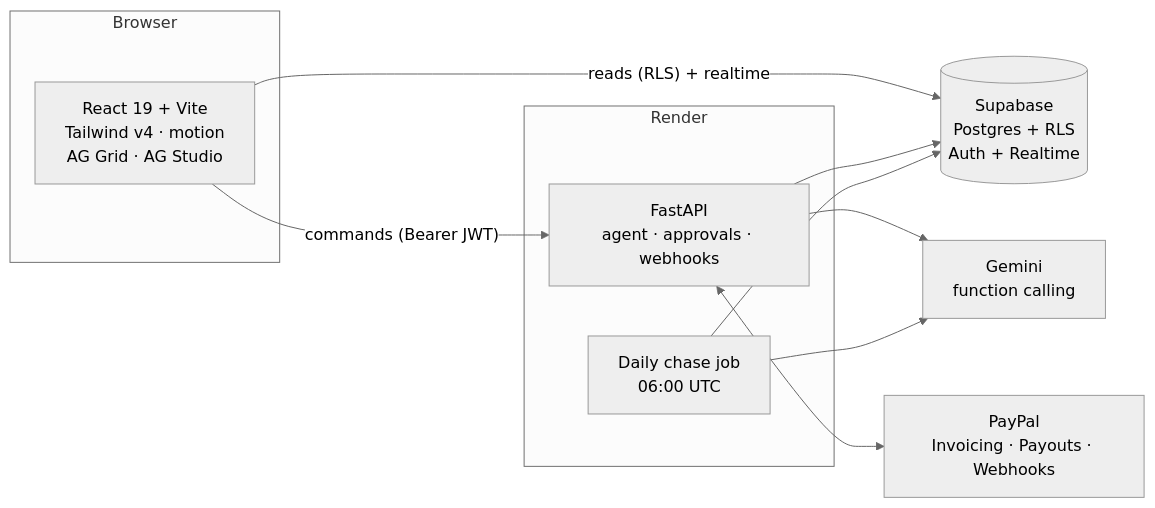
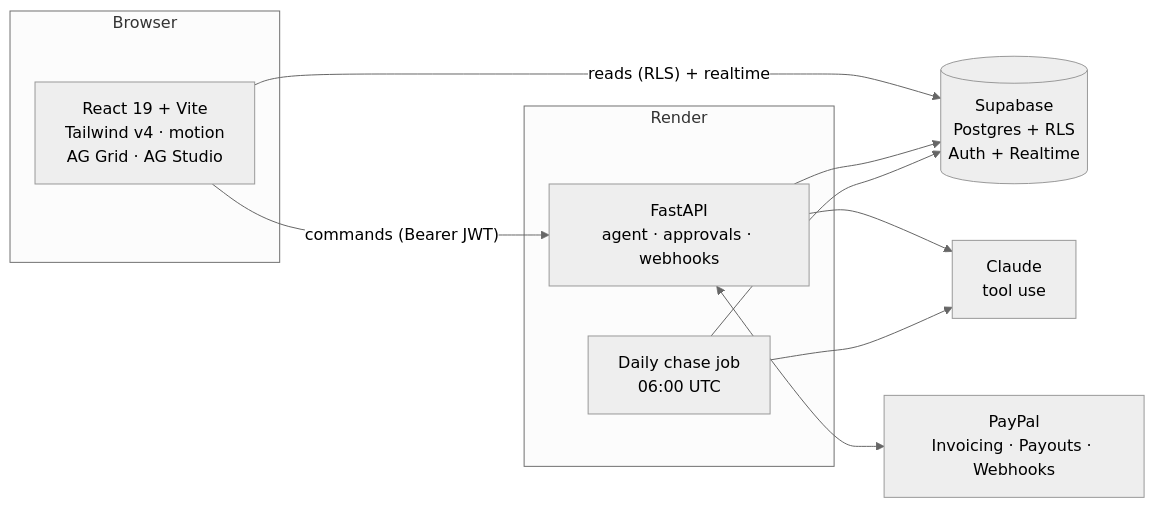
The second of 2 diagrams in README.md (LancemDev/paysasa), drawn with Mermaid (neutral theme) before and after one commit. The commit also changed other lines of this file and 7 other files, not shown here.

````diff
--- a/README.md
+++ b/README.md
@@ -190,21 +193,21 @@
 ```mermaid
 flowchart LR
     subgraph Browser
       UI["React 19 + Vite<br/>Tailwind v4 · motion<br/>AG Grid · AG Studio"]
     end
     subgraph Render
       API["FastAPI<br/>agent · approvals · webhooks"]
       CRON["Daily chase job<br/>06:00 UTC"]
     end
     SB[("Supabase<br/>Postgres + RLS<br/>Auth + Realtime")]
-    LLM["Gemini<br/>function calling"]
+    LLM["Claude<br/>tool use"]
     PP["PayPal<br/>Invoicing · Payouts · Webhooks"]
 
     UI -- "commands (Bearer JWT)" --> API
     UI -- "reads (RLS) + realtime" --> SB
     API --> SB
     API --> LLM
     API <--> PP
     CRON --> SB
     CRON --> LLM
 ```
````
